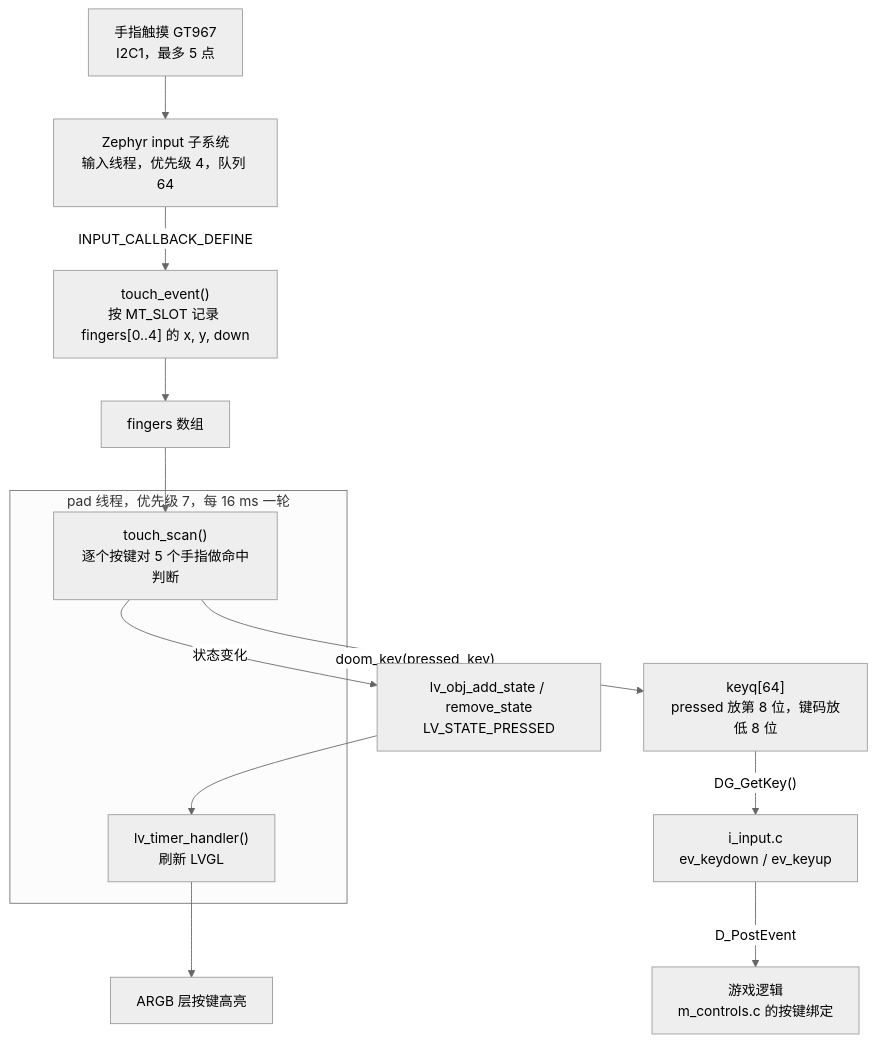
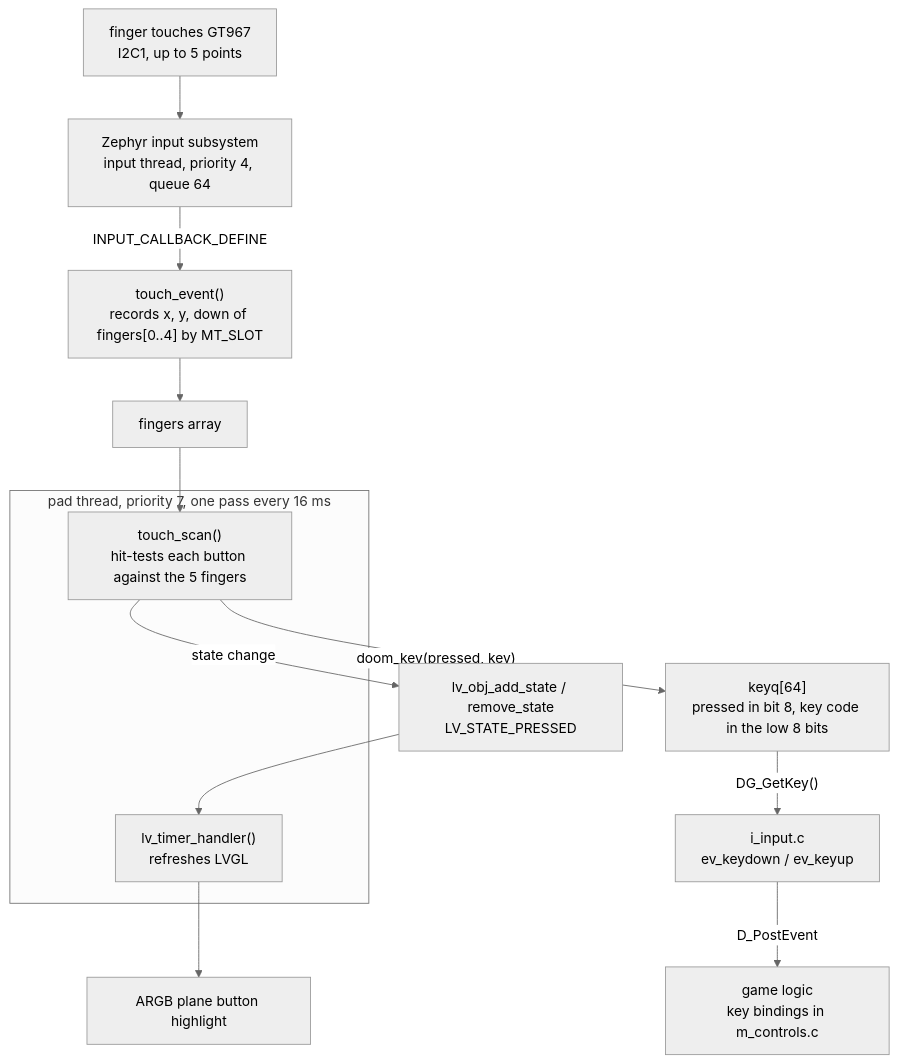
The second of 2 diagrams in docs/src/content/docs/dev/zephyr/apps/doom.md (YuzukiHD/YuzukiNeko), drawn with Mermaid (neutral theme) before and after one commit. The commit also changed other lines of this file and 216 other files, not shown here.

````diff
--- a/docs/src/content/docs/dev/zephyr/apps/doom.md
+++ b/docs/src/content/docs/dev/zephyr/apps/doom.md
@@ -262,16 +262,16 @@
 ```mermaid
 flowchart TD
-    F["手指触摸 GT967<br/>I2C1，最多 5 点"] --> IN["Zephyr input 子系统<br/>输入线程，优先级 4，队列 64"]
-    IN -->|"INPUT_CALLBACK_DEFINE"| CB["touch_event()<br/>按 MT_SLOT 记录 fingers[0..4] 的 x, y, down"]
-    CB --> FG["fingers 数组"]
-    subgraph PADT["pad 线程，优先级 7，每 16 ms 一轮"]
-        SCAN["touch_scan()<br/>逐个按键对 5 个手指做命中判断"]
-        LV["lv_timer_handler()<br/>刷新 LVGL"]
+    F["finger touches GT967<br/>I2C1, up to 5 points"] --> IN["Zephyr input subsystem<br/>input thread, priority 4, queue 64"]
+    IN -->|"INPUT_CALLBACK_DEFINE"| CB["touch_event()<br/>records x, y, down of fingers[0..4] by MT_SLOT"]
+    CB --> FG["fingers array"]
+    subgraph PADT["pad thread, priority 7, one pass every 16 ms"]
+        SCAN["touch_scan()<br/>hit-tests each button against the 5 fingers"]
+        LV["lv_timer_handler()<br/>refreshes LVGL"]
     end
     FG --> SCAN
-    SCAN -->|"状态变化"| ST["lv_obj_add_state / remove_state<br/>LV_STATE_PRESSED"]
-    ST --> LV --> ARGB["ARGB 层按键高亮"]
-    SCAN -->|"doom_key(pressed, key)"| KQ["keyq[64]<br/>pressed 放第 8 位，键码放低 8 位"]
+    SCAN -->|"state change"| ST["lv_obj_add_state / remove_state<br/>LV_STATE_PRESSED"]
+    ST --> LV --> ARGB["ARGB plane button highlight"]
+    SCAN -->|"doom_key(pressed, key)"| KQ["keyq[64]<br/>pressed in bit 8, key code in the low 8 bits"]
     KQ -->|"DG_GetKey()"| IPT["i_input.c<br/>ev_keydown / ev_keyup"]
-    IPT -->|"D_PostEvent"| ENG["游戏逻辑<br/>m_controls.c 的按键绑定"]
+    IPT -->|"D_PostEvent"| ENG["game logic<br/>key bindings in m_controls.c"]
 ```
````
